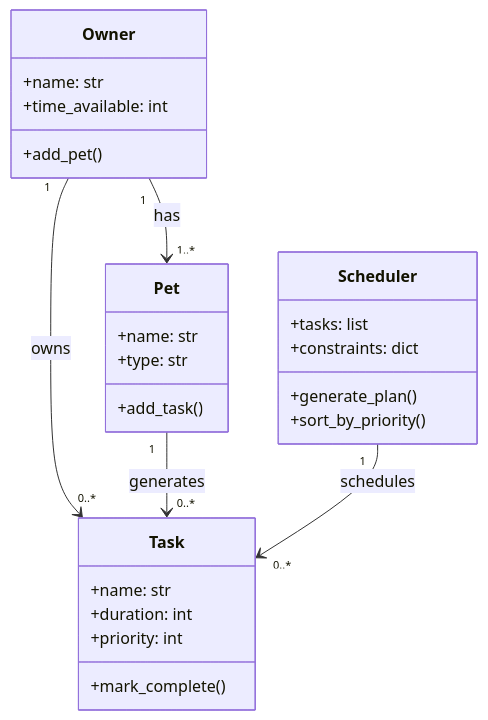
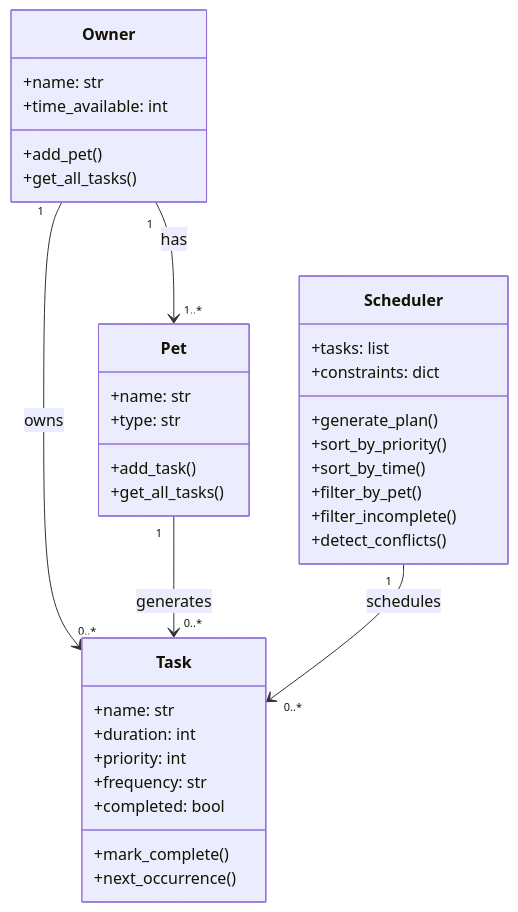
One commit to butianpeng/ai110-module2show-pawpal-starter changed the diagram in reflection.md. Above: the diagram before and after it, drawn with Mermaid. The commit also changed other lines of this file and 2 other files, not shown here.

Commit message:
docs: finalize UML, reflection, and README

````diff
--- a/reflection.md
+++ b/reflection.md
@@ -20,30 +21,39 @@
 ```mermaid
 classDiagram
   Owner "1" --> "1..*" Pet : has
   Owner "1" --> "0..*" Task : owns
   Pet "1" --> "0..*" Task : generates
   Scheduler "1" --> "0..*" Task : schedules
 
   class Owner {
     +name: str
     +time_available: int
     +add_pet()
+    +get_all_tasks()
   }
   class Pet {
     +name: str
     +type: str
     +add_task()
+    +get_all_tasks()
   }
   class Task {
     +name: str
     +duration: int
     +priority: int
+    +frequency: str
+    +completed: bool
     +mark_complete()
+    +next_occurrence()
   }
   class Scheduler {
     +tasks: list
     +constraints: dict
     +generate_plan()
     +sort_by_priority()
+    +sort_by_time()
+    +filter_by_pet()
+    +filter_incomplete()
+    +detect_conflicts()
   }
 ```
````
